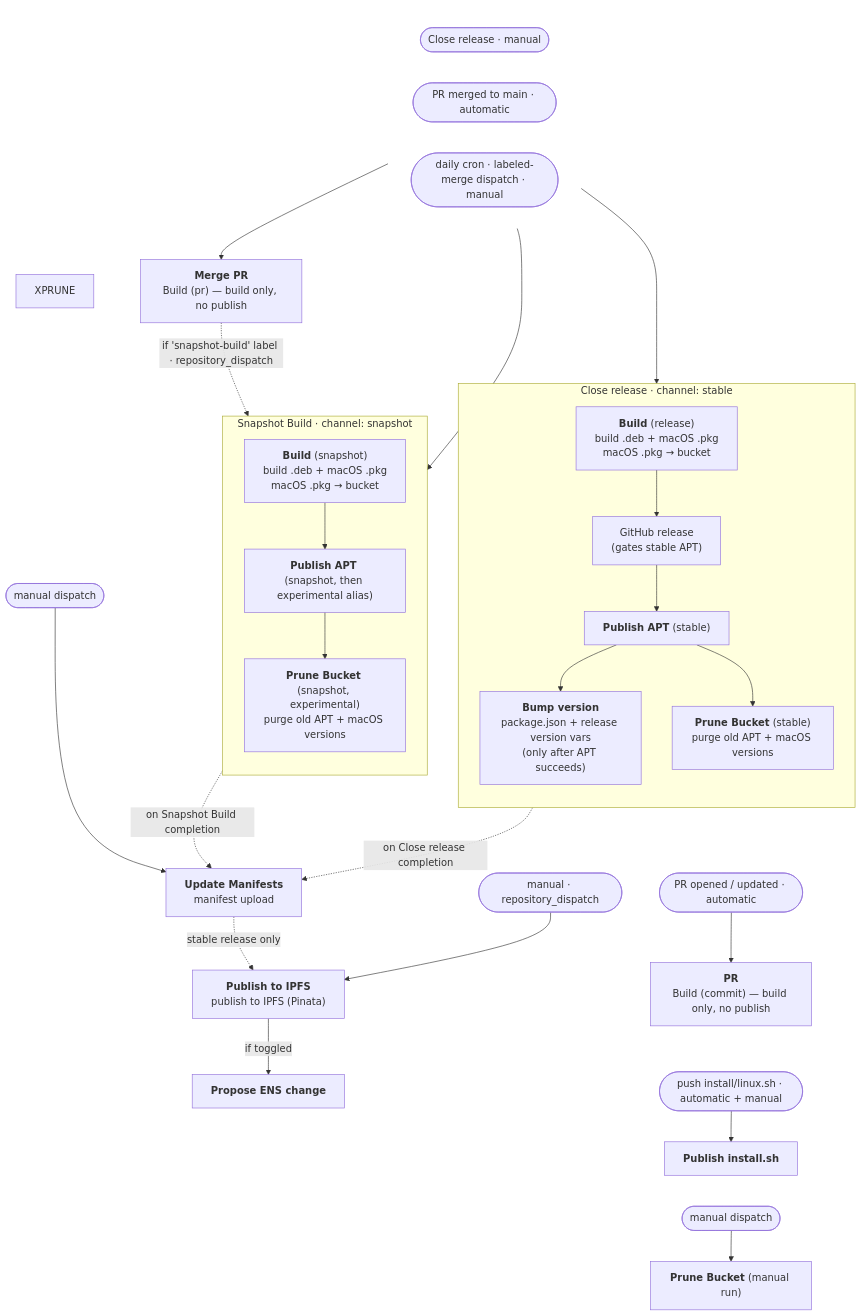
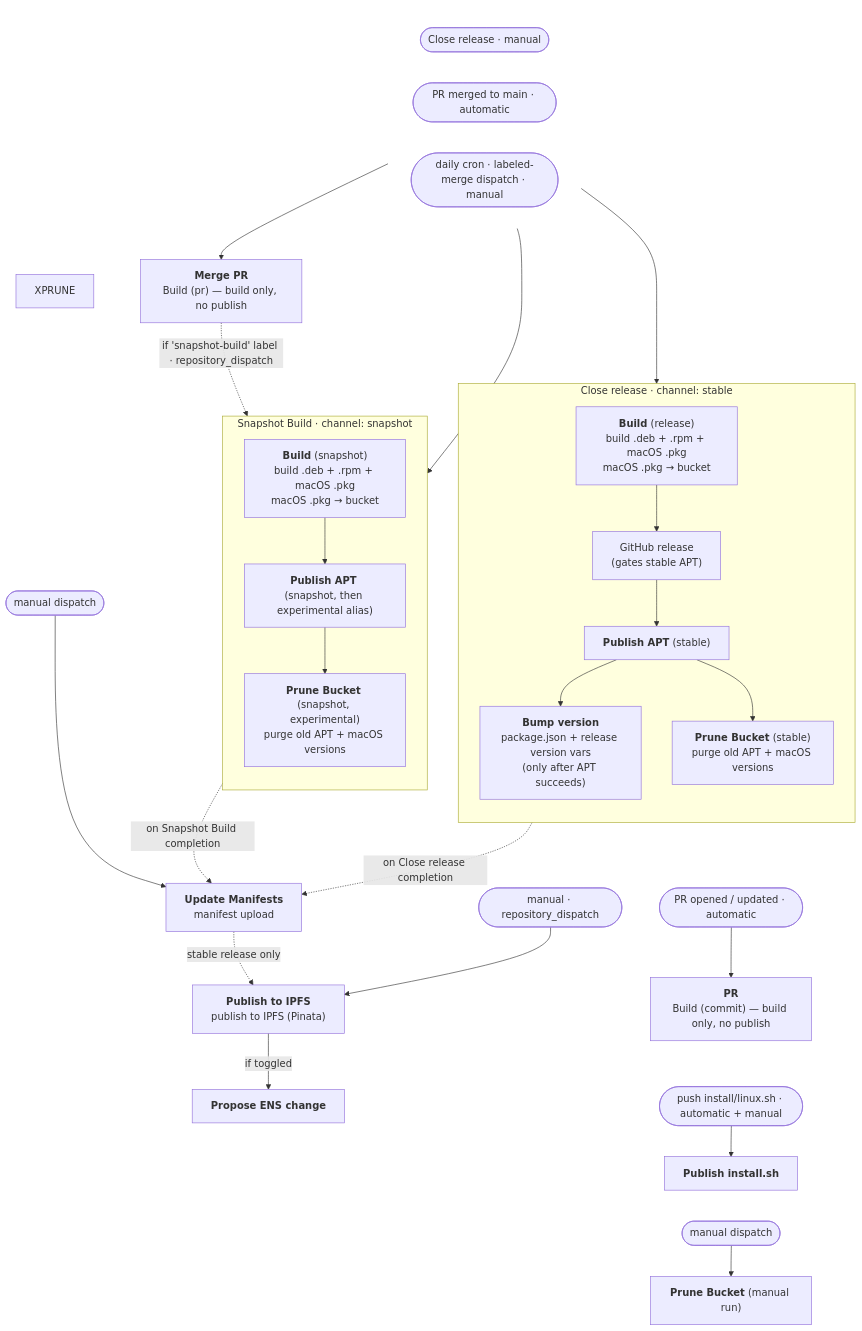
One commit to gnosis/gnosis_vpn changed the diagram in README.md. Above: the diagram before and after it, drawn with Mermaid. The commit also changed other lines of this file and 11 other files, not shown here.

First line of the commit message:
feat(packaging): build a Fedora rpm of the full client package

````diff
--- a/README.md
+++ b/README.md
@@ -505,58 +589,58 @@
 ```mermaid
 flowchart TD
     %% ---------------- Layout only: keep the three entry triggers on one row at the top ----------------
     %% A transparent subgraph laid out left-to-right pins its members to a single rank,
     %% regardless of how deep each trigger's downstream chain runs.
     subgraph TRIG[" "]
       direction LR
       trRel([Close release · manual])
       trMerge([PR merged to main · automatic])
       trSnap([daily cron · labeled-merge dispatch · manual])
     end
     style TRIG fill:transparent,stroke:transparent
 
     %% ---------------- Dev builds (no publish) ----------------
     trMerge --> MERGE["<b>Merge PR</b><br/>Build (pr) — build only, no publish"]
     MERGE -. "if 'snapshot-build' label · repository_dispatch" .-> NBUILD
 
     %% ---------------- Stable channel ----------------
     trRel --> SBUILD
     subgraph S["Close release · channel: stable"]
       direction TB
-      SBUILD["<b>Build</b> (release)<br/>build .deb + macOS .pkg<br/>macOS .pkg → bucket"] --> SGH["GitHub release<br/>(gates stable APT)"]
+      SBUILD["<b>Build</b> (release)<br/>build .deb + .rpm + macOS .pkg<br/>macOS .pkg → bucket"] --> SGH["GitHub release<br/>(gates stable APT)"]
       SGH --> SAPT["<b>Publish APT</b> (stable)"]
       SAPT --> SBUMP["<b>Bump version</b><br/>package.json + release version vars<br/>(only after APT succeeds)"]
       SAPT --> SPRUNE["<b>Prune Bucket</b> (stable)<br/>purge old APT + macOS versions"]
     end
 
     %% ---------------- Snapshot channel ----------------
     trSnap --> NBUILD
     subgraph N["Snapshot Build · channel: snapshot"]
       direction TB
-      NBUILD["<b>Build</b> (snapshot)<br/>build .deb + macOS .pkg<br/>macOS .pkg → bucket"] --> NAPT["<b>Publish APT</b> (snapshot, then experimental alias)"]
+      NBUILD["<b>Build</b> (snapshot)<br/>build .deb + .rpm + macOS .pkg<br/>macOS .pkg → bucket"] --> NAPT["<b>Publish APT</b> (snapshot, then experimental alias)"]
       NAPT --> NPRUNE["<b>Prune Bucket</b> (snapshot, experimental)<br/>purge old APT + macOS versions"]
     end
 
     %% ---------------- Manifests → IPFS → ENS ----------------
     SPRUNE -. "on Close release completion" .-> MAN
     NPRUNE -. "on Snapshot Build completion" .-> MAN
     trMan([manual dispatch]) --> MAN["<b>Update Manifests</b><br/>manifest upload"]
     MAN -. "stable release only" .-> IPFS["<b>Publish to IPFS</b><br/>publish to IPFS (Pinata)"]
     trIpfs([manual · repository_dispatch]) --> IPFS
     IPFS -->|if toggled| ENS["<b>Propose ENS change</b>"]
 
     %% ---------------- Far-right column: PR build + standalone publishers ----------------
     trPR([PR opened / updated · automatic]) --> PR["<b>PR</b><br/>Build (commit) — build only, no publish"]
     trPush([push install/linux.sh · automatic + manual]) --> INSTALL["<b>Publish install.sh</b>"]
     trPruneM([manual dispatch]) --> PRUNEM["<b>Prune Bucket</b> (manual run)"]
 
     %% ---------------- Layout only: invisible links (~~~), no semantic meaning ----------------
     %% manifests group sits below the nightly groups
     XPRUNE ~~~ trMan
     %% attach the standalone column to the snapshot group's right so it packs far right,
     %% declared after trMan so it biases to the right of the manifests column
     NPRUNE ~~~ trPR
     %% stack the far-right column (PR build → install.sh → manual prune) top-to-bottom
     PR ~~~ trPush
     INSTALL ~~~ trPruneM
 ```
````
